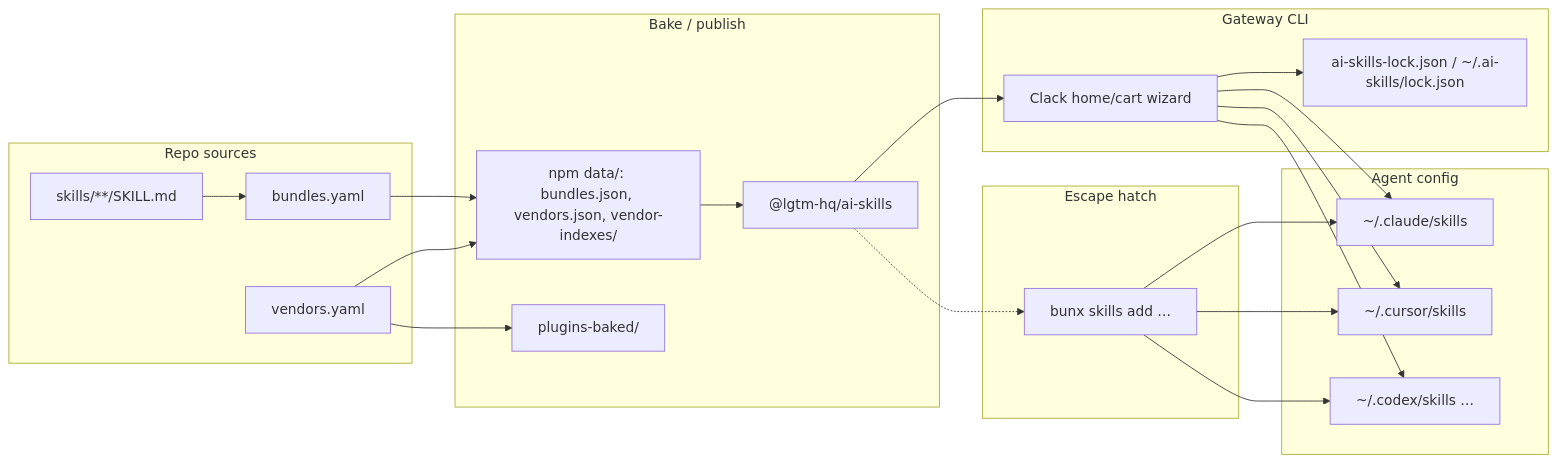
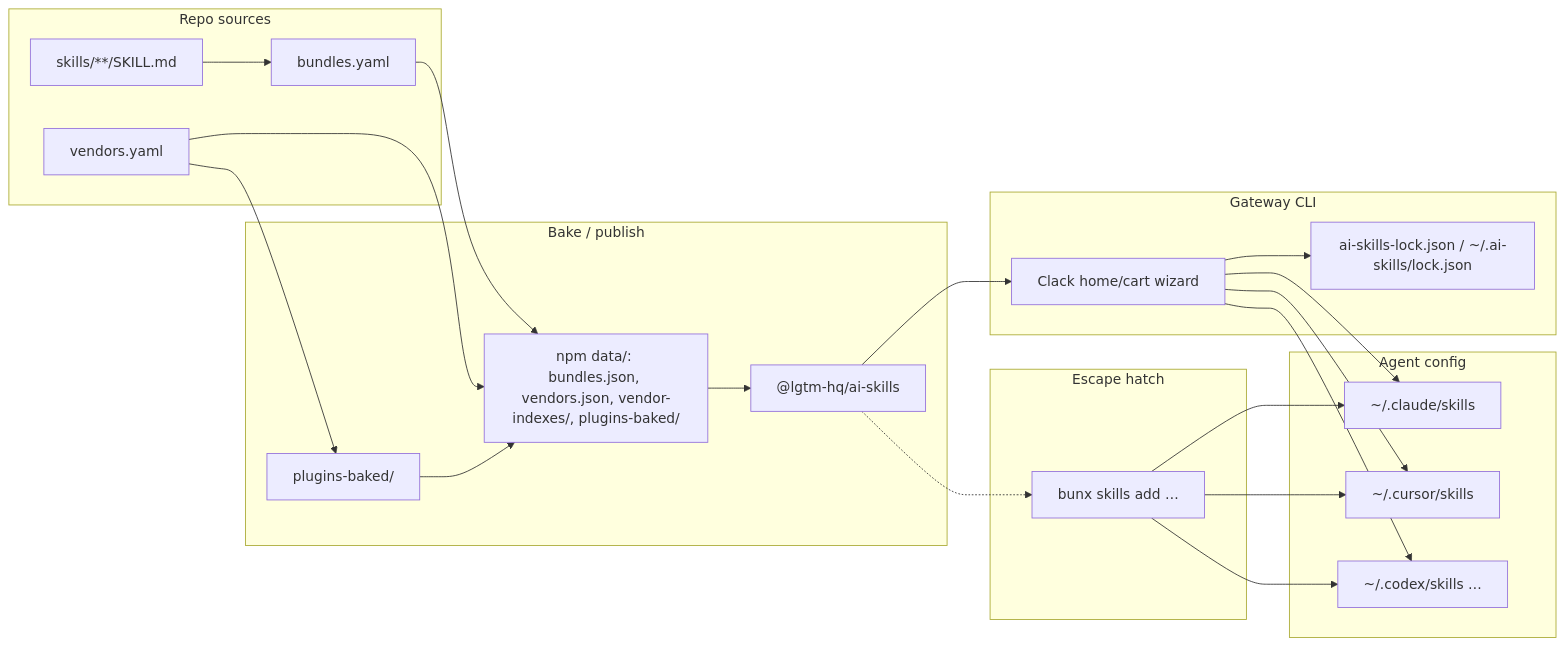
The diagram in CONTRIBUTING.md (lgtm-hq/ai-skills), drawn with Mermaid before and after one commit. The commit also changed other lines of this file and 1333 other files, not shown here.

````diff
--- a/CONTRIBUTING.md
+++ b/CONTRIBUTING.md
@@ -232,39 +236,40 @@
 ```mermaid
 flowchart LR
   subgraph sources [Repo sources]
     SK["skills/**/SKILL.md"]
     BY["bundles.yaml"]
     VY["vendors.yaml"]
   end
   subgraph bake [Bake / publish]
-    DATA["npm data/: bundles.json, vendors.json, vendor-indexes/"]
+    DATA["npm data/: bundles.json, vendors.json, vendor-indexes/, plugins-baked/"]
     BAKED["plugins-baked/"]
     PKG["@lgtm-hq/ai-skills"]
   end
   subgraph gateway [Gateway CLI]
     UI["Clack home/cart wizard"]
     LOCK["ai-skills-lock.json / ~/.ai-skills/lock.json"]
   end
   subgraph escape [Escape hatch]
     add["bunx skills add …"]
   end
   subgraph dirs [Agent config]
     c["~/.claude/skills"]
     u["~/.cursor/skills"]
     x["~/.codex/skills …"]
   end
   SK --> BY
   BY --> DATA
   VY --> DATA
   VY --> BAKED
+  BAKED --> DATA
   DATA --> PKG
   PKG --> UI
   UI --> LOCK
   UI --> c
   UI --> u
   UI --> x
   PKG -.-> add
   add --> c
   add --> u
   add --> x
 ```
````
